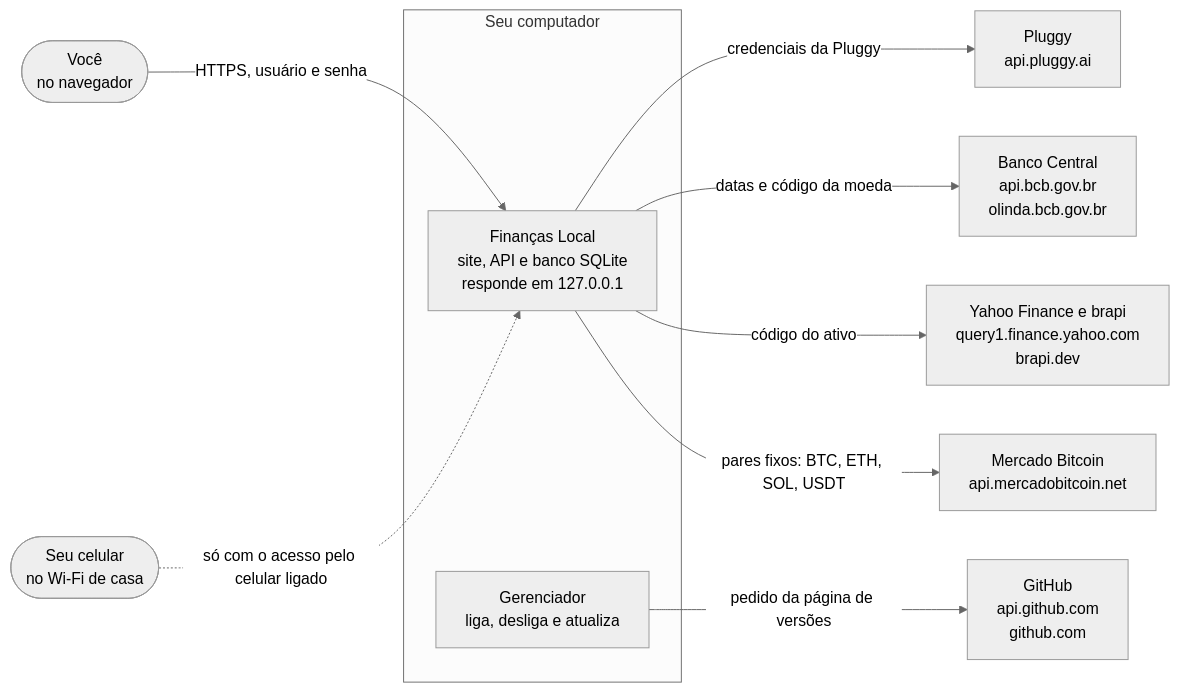
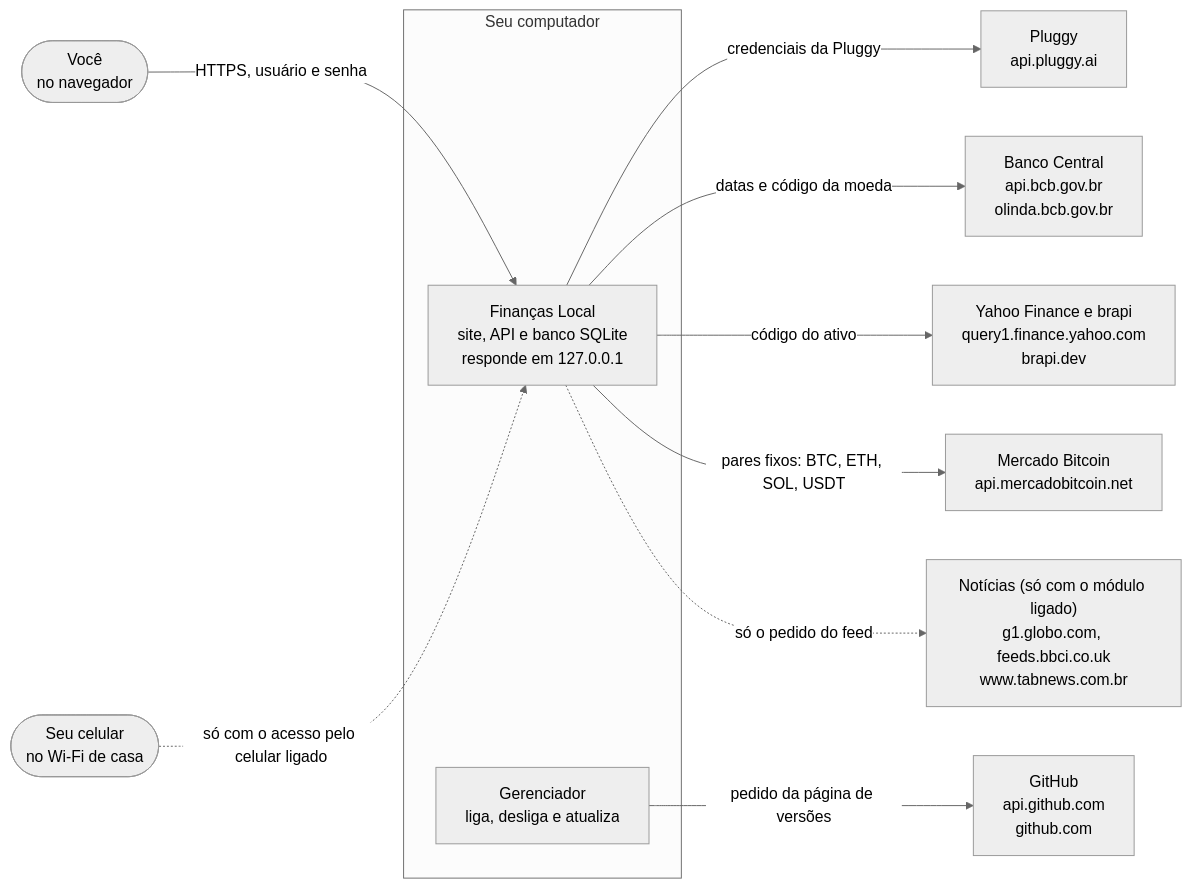
The first of 3 diagrams in README.md (LucasDesenvGit/financas-local), drawn with Mermaid (neutral theme) before and after one commit. The commit also changed 40 other files, not shown here.

First line of the commit message:
feat(banco)!: módulo Notícias com G1, BBC News Brasil e TabNews (#10)

````diff
--- a/README.md
+++ b/README.md
@@ -11,23 +11,25 @@
 ```mermaid
 flowchart LR
     %% Contexto do C4 (provisório até o HLD da #462)
     voce(["Você<br/>no navegador"])
     subgraph pc["Seu computador"]
         site["Finanças Local<br/>site, API e banco SQLite<br/>responde em 127.0.0.1"]
         ger["Gerenciador<br/>liga, desliga e atualiza"]
     end
     pluggy["Pluggy<br/>api.pluggy.ai"]
     bcb["Banco Central<br/>api.bcb.gov.br<br/>olinda.bcb.gov.br"]
     cot["Yahoo Finance e brapi<br/>query1.finance.yahoo.com<br/>brapi.dev"]
     mb["Mercado Bitcoin<br/>api.mercadobitcoin.net"]
     gh["GitHub<br/>api.github.com<br/>github.com"]
+    not["Notícias (só com o módulo ligado)<br/>g1.globo.com, feeds.bbci.co.uk<br/>www.tabnews.com.br"]
     cel(["Seu celular<br/>no Wi-Fi de casa"])
 
     voce -->|"HTTPS, usuário e senha"| site
     cel -.->|"só com o acesso pelo celular ligado"| site
     site -->|"credenciais da Pluggy"| pluggy
     site -->|"datas e código da moeda"| bcb
     site -->|"código do ativo"| cot
     site -->|"pares fixos: BTC, ETH, SOL, USDT"| mb
     ger -->|"pedido da página de versões"| gh
+    site -.->|"só o pedido do feed"| not
 ```
````
